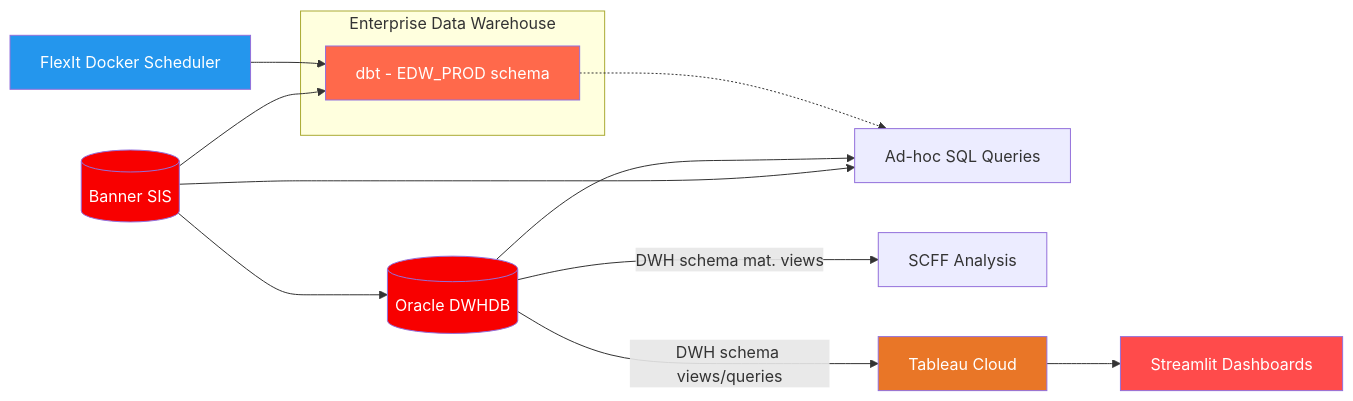
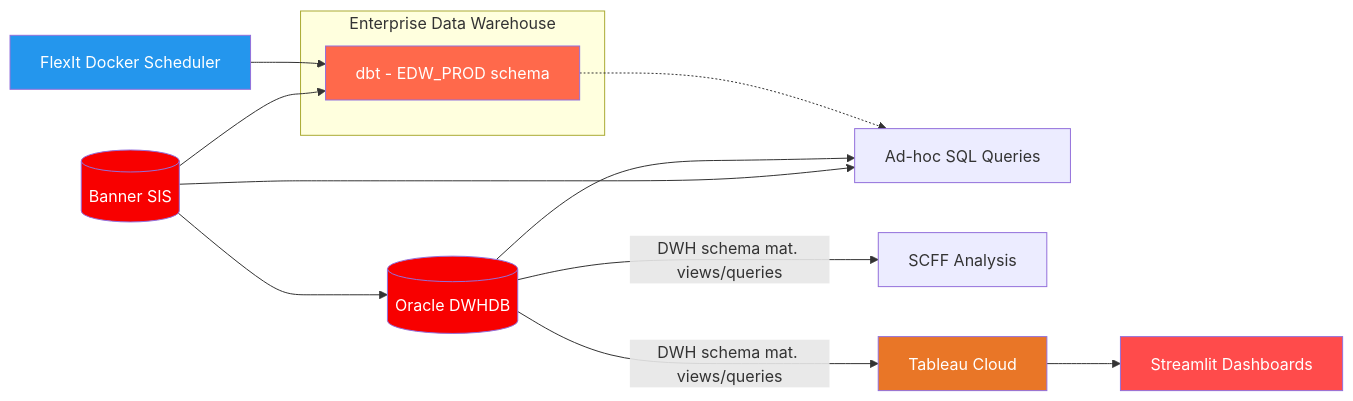
One commit to nocccd-data/.github changed the diagram in profile/README.md. Above: the diagram before and after it, drawn with Mermaid.

Commit message:
Unify DWHDB arrow labels in architecture diagram

````diff
--- a/profile/README.md
+++ b/profile/README.md
@@ -17,26 +17,25 @@
 ```mermaid
 flowchart LR
     Banner[(Banner SIS)] --> DWHDB[(Oracle DWHDB)]
     Banner --> SQL["Ad-hoc SQL Queries"]
     DWHDB --> SQL
 
     subgraph EDW["Enterprise Data Warehouse"]
         dbt["dbt - EDW_PROD schema"]
     end
 
     Banner --> dbt
     dbt -.-> SQL
     FlexIt["FlexIt Docker Scheduler"] --> dbt
 
-    DWHDB -- "DWH schema mat. views" --> SCFF["SCFF Analysis"]
-
-    DWHDB -- "DWH schema views/queries" --> Tableau["Tableau Cloud"]
+    DWHDB -- "DWH schema mat. views/queries" --> SCFF["SCFF Analysis"]
+    DWHDB -- "DWH schema mat. views/queries" --> Tableau["Tableau Cloud"]
     Tableau --> Streamlit["Streamlit Dashboards"]
 
     style Banner fill:#F80000,color:#fff
     style DWHDB fill:#F80000,color:#fff
     style dbt fill:#FF694B,color:#fff
     style Tableau fill:#E97627,color:#fff
     style Streamlit fill:#FF4B4B,color:#fff
     style FlexIt fill:#2496ED,color:#fff
 ```
````
